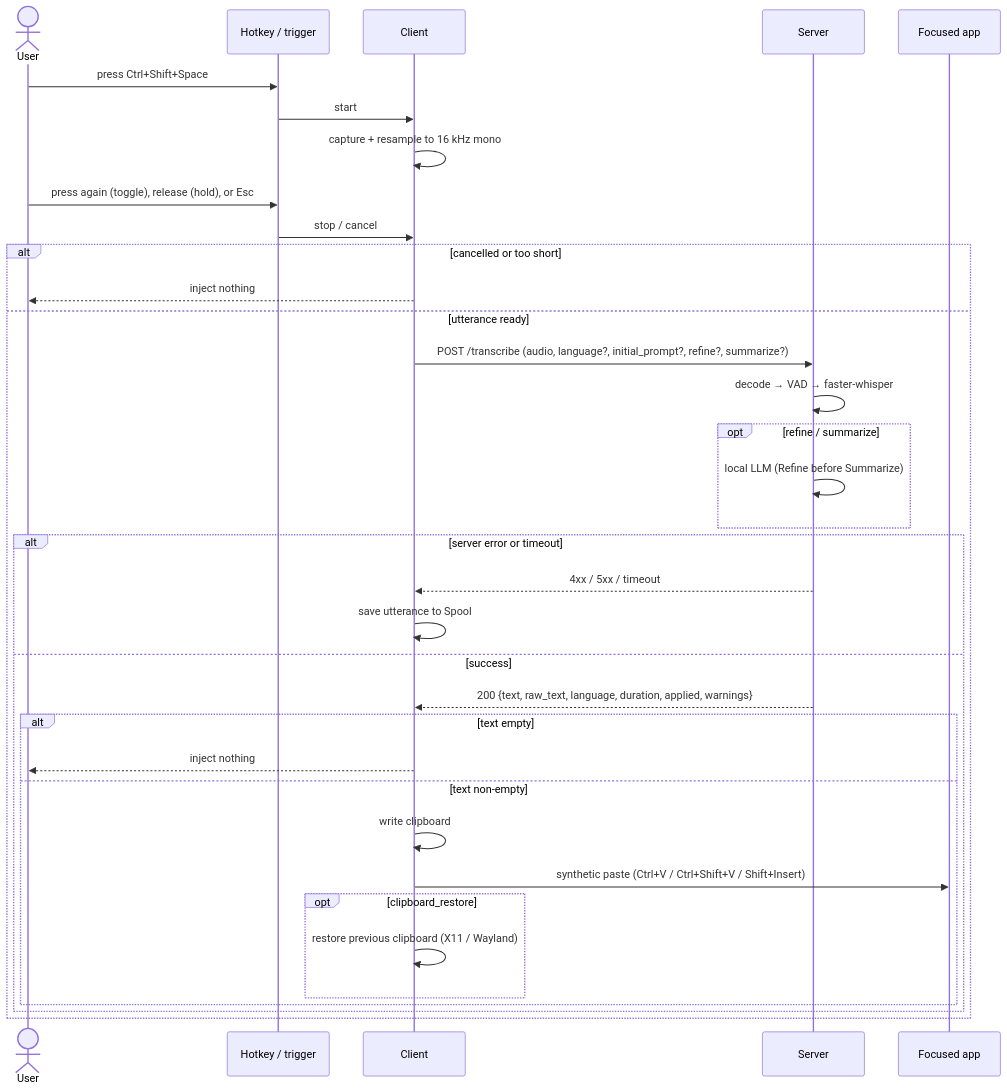
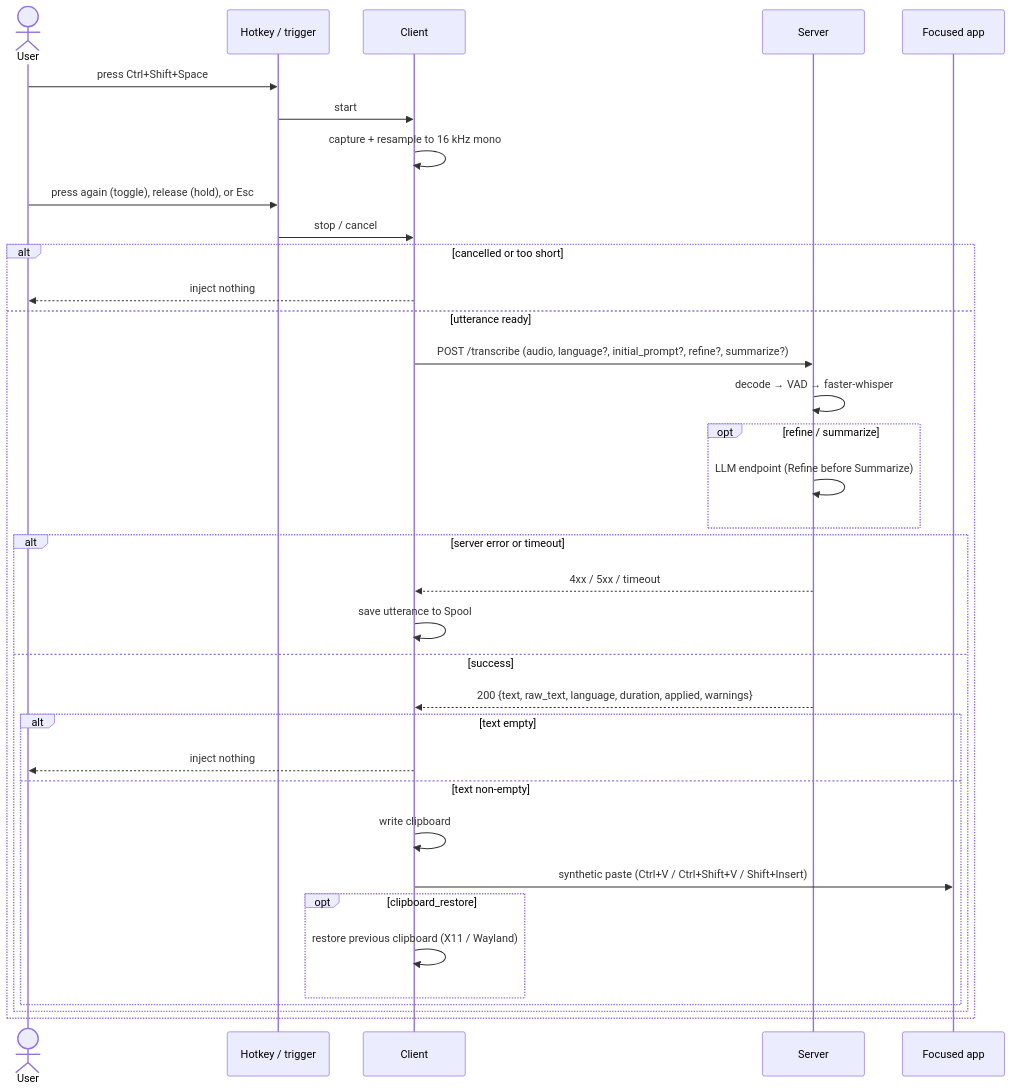
The second of 2 diagrams in README.md (FoxRed-cmd/kitsune-whisper), drawn with Mermaid before and after one commit. The commit also changed other lines of this file and 2 other files, not shown here.

Commit message:
Document out-of-process endpoint config, external providers, and privacy (#39)

````diff
--- a/README.md
+++ b/README.md
@@ -79,39 +86,39 @@
 ```mermaid
 sequenceDiagram
     actor User
     participant T as Hotkey / trigger
     participant C as Client
     participant S as Server
     participant App as Focused app
 
     User->>T: press Ctrl+Shift+Space
     T->>C: start
     C->>C: capture + resample to 16 kHz mono
     User->>T: press again (toggle), release (hold), or Esc
     T->>C: stop / cancel
 
     alt cancelled or too short
         C-->>User: inject nothing
     else utterance ready
         C->>S: POST /transcribe (audio, language?, initial_prompt?, refine?, summarize?)
         S->>S: decode → VAD → faster-whisper
         opt refine / summarize
-            S->>S: local LLM (Refine before Summarize)
+            S->>S: LLM endpoint (Refine before Summarize)
         end
         alt server error or timeout
             S-->>C: 4xx / 5xx / timeout
             C->>C: save utterance to Spool
         else success
             S-->>C: 200 {text, raw_text, language, duration, applied, warnings}
             alt text empty
                 C-->>User: inject nothing
             else text non-empty
                 C->>C: write clipboard
                 C->>App: synthetic paste (Ctrl+V / Ctrl+Shift+V / Shift+Insert)
                 opt clipboard_restore
                     C->>C: restore previous clipboard (X11 / Wayland)
                 end
             end
         end
     end
 ```
````
